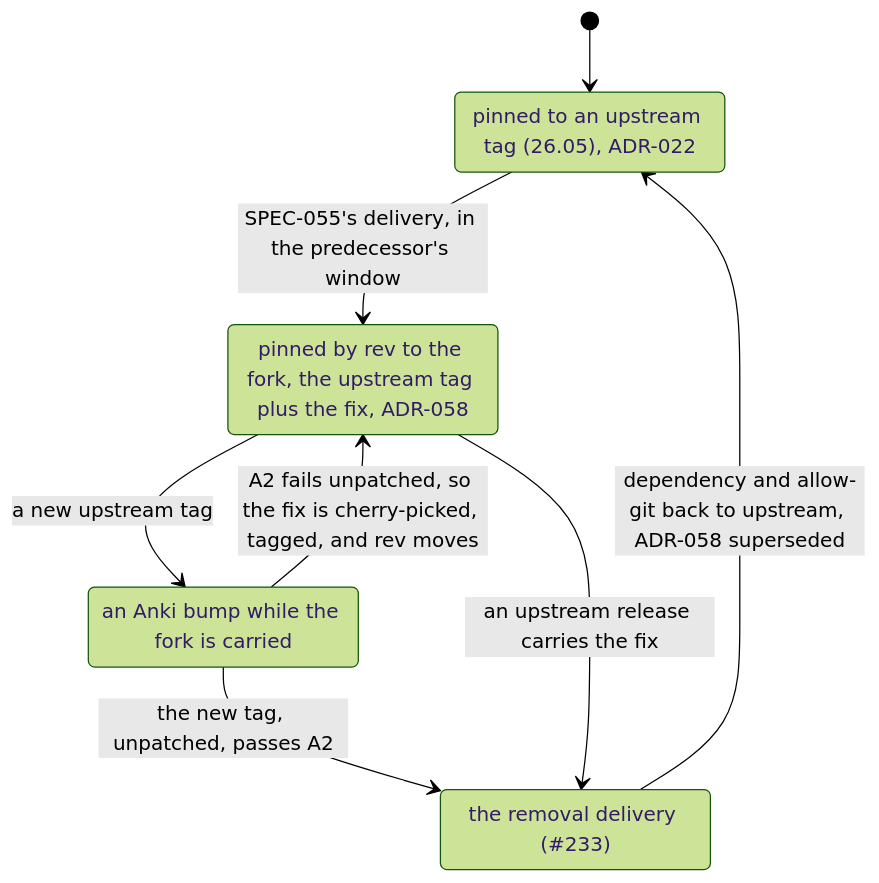
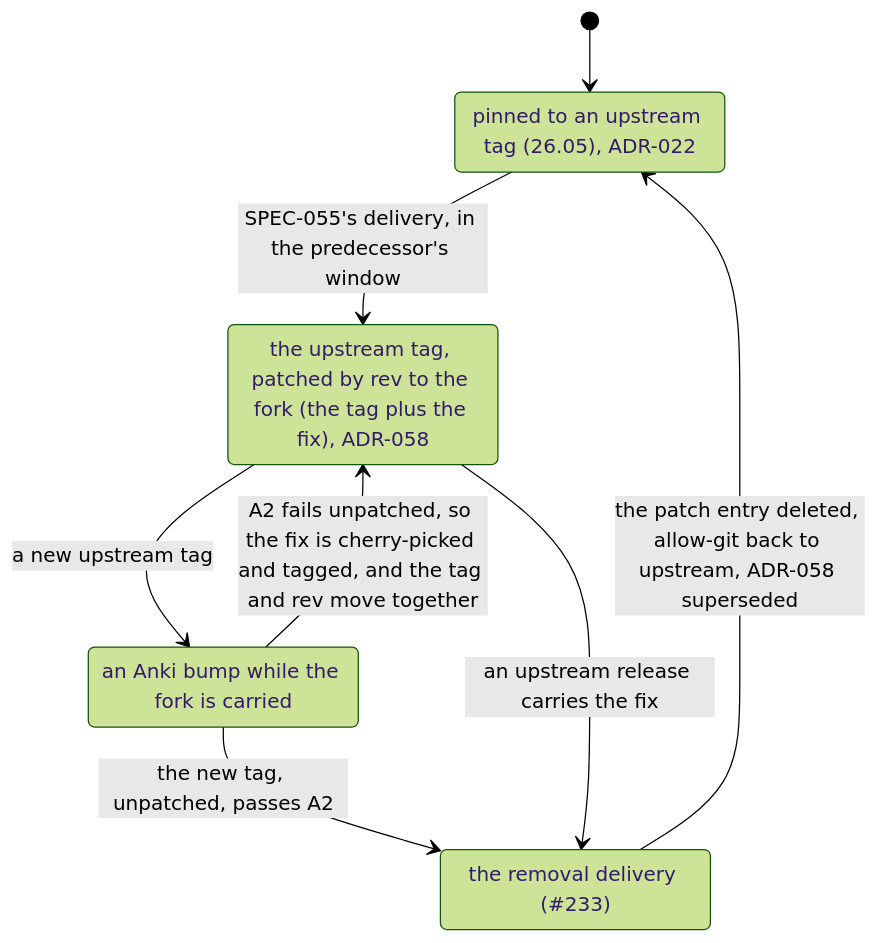
One commit to RexRenatus/deck-streak changed the second of 2 diagrams in docs/schematics/engine-pin-lifecycle.md. Above: the diagram before and after it, drawn with Mermaid (forest theme). The commit also changed other lines of this file and 2 other files, not shown here.

Commit message:
docs(plan): pin the fork through a patch entry, and record measurements

````diff
--- a/docs/schematics/engine-pin-lifecycle.md
+++ b/docs/schematics/engine-pin-lifecycle.md
@@ -56,15 +58,15 @@
 ```mermaid
 stateDiagram-v2
   [*] --> UpstreamTag
   UpstreamTag: pinned to an upstream tag (26.05), ADR-022
-  ForkPinned: pinned by rev to the fork, the upstream tag plus the fix, ADR-058
+  ForkPinned: the upstream tag, patched by rev to the fork (the tag plus the fix), ADR-058
   Bump: an Anki bump while the fork is carried
   Removal: the removal delivery (#233)
 
   UpstreamTag --> ForkPinned: SPEC-055's delivery, in the predecessor's window
   ForkPinned --> Bump: a new upstream tag
   Bump --> Removal: the new tag, unpatched, passes A2
-  Bump --> ForkPinned: A2 fails unpatched, so the fix is cherry-picked, tagged, and rev moves
+  Bump --> ForkPinned: A2 fails unpatched, so the fix is cherry-picked and tagged, and the tag and rev move together
   ForkPinned --> Removal: an upstream release carries the fix
-  Removal --> UpstreamTag: dependency and allow-git back to upstream, ADR-058 superseded
+  Removal --> UpstreamTag: the patch entry deleted, allow-git back to upstream, ADR-058 superseded
 ```
````
